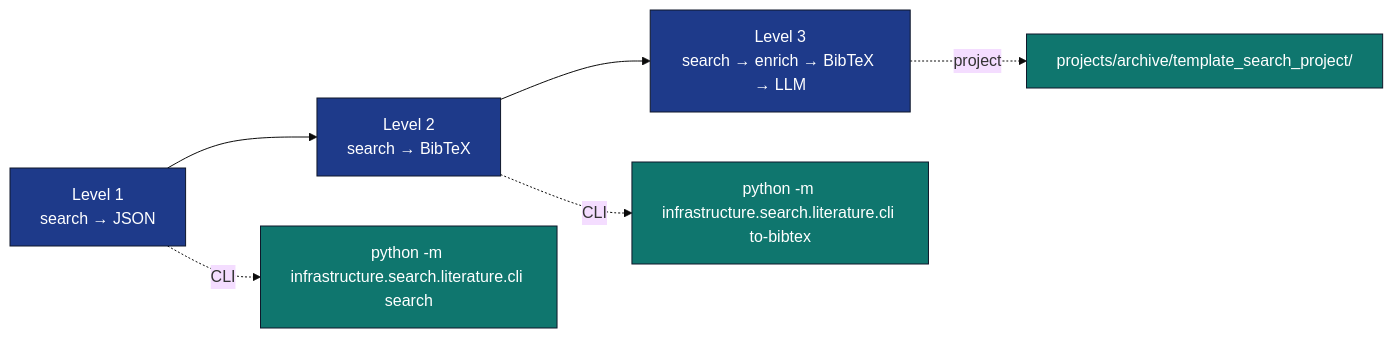
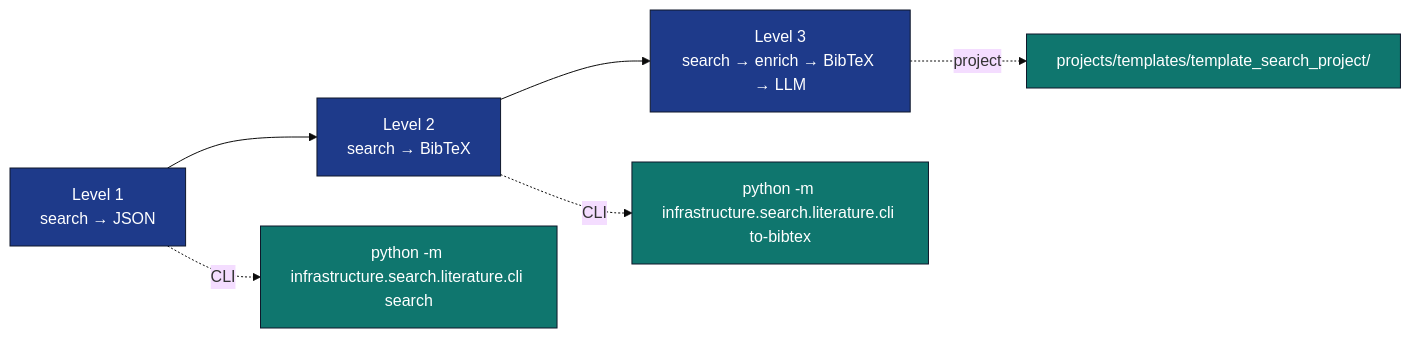
Before and after one commit to docxology/template: the diagram in docs/guides/literature-workflow-guide.md, drawn with Mermaid (base theme). The commit also changed other lines of this file and 146 other files, not shown here.

````diff
--- a/docs/guides/literature-workflow-guide.md
+++ b/docs/guides/literature-workflow-guide.md
@@ -8,13 +8,13 @@
 ```mermaid
 flowchart LR
     LV1[Level 1<br/>search → JSON] --> LV2[Level 2<br/>search → BibTeX]
     LV2 --> LV3[Level 3<br/>search → enrich → BibTeX → LLM]
     LV1 -. CLI .-> CLI1[python -m infrastructure.search.literature.cli search]
     LV2 -. CLI .-> CLI2[python -m infrastructure.search.literature.cli to-bibtex]
-    LV3 -. project .-> PROJ[projects/archive/template_search_project/]
+    LV3 -. project .-> PROJ[projects/templates/template_search_project/]
 
     classDef level fill:#1e3a8a,stroke:#0f172a,color:#fff
     classDef tool fill:#0f766e,stroke:#0f172a,color:#fff
     class LV1,LV2,LV3 level
     class CLI1,CLI2,PROJ tool
 ```
````
